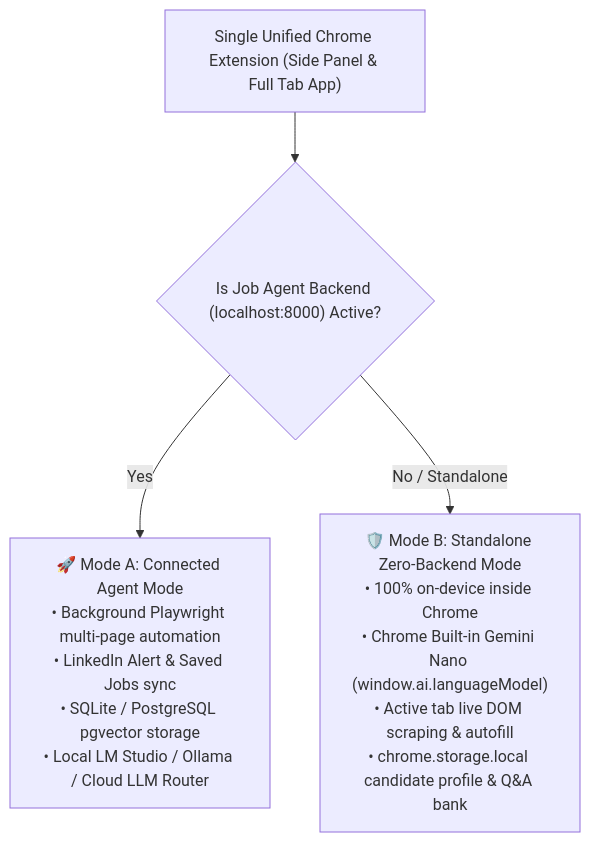
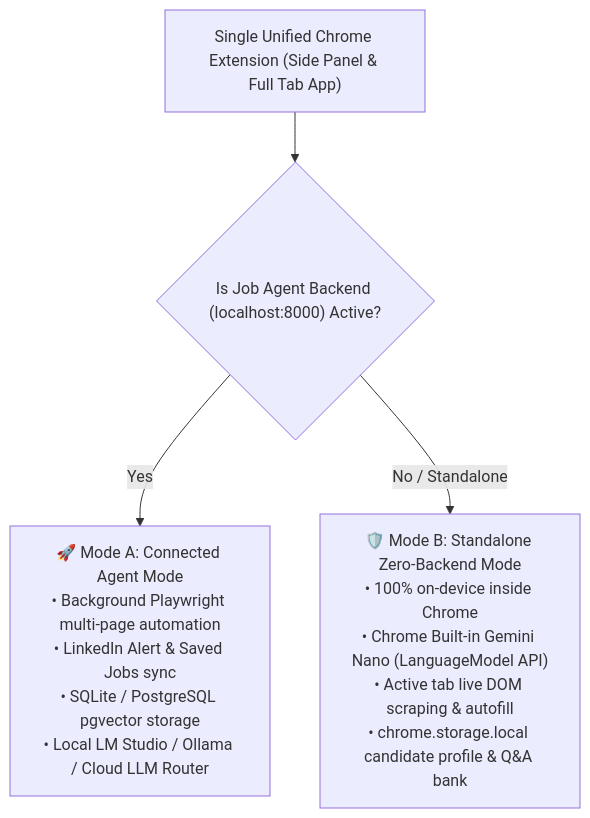
Before and after one commit to nagapavan/job-alert-agent: the tenth of 31 diagrams in DESIGN_DIAGRAMS.md, drawn with Mermaid. The commit also changed other lines of this file and 14 other files, not shown here.

````diff
--- a/DESIGN_DIAGRAMS.md
+++ b/DESIGN_DIAGRAMS.md
@@ -253,6 +303,6 @@
 ```mermaid
 flowchart TD
     Ext["Single Unified Chrome Extension (Side Panel & Full Tab App)"] --> Detect{"Is Job Agent Backend (localhost:8000) Active?"}
     Detect -->|Yes| ModeA["🚀 Mode A: Connected Agent Mode\n• Background Playwright multi-page automation\n• LinkedIn Alert & Saved Jobs sync\n• SQLite / PostgreSQL pgvector storage\n• Local LM Studio / Ollama / Cloud LLM Router"]
-    Detect -->|No / Standalone| ModeB["🛡️ Mode B: Standalone Zero-Backend Mode\n• 100% on-device inside Chrome\n• Chrome Built-in Gemini Nano (window.ai.languageModel)\n• Active tab live DOM scraping & autofill\n• chrome.storage.local candidate profile & Q&A bank"]
+    Detect -->|No / Standalone| ModeB["🛡️ Mode B: Standalone Zero-Backend Mode\n• 100% on-device inside Chrome\n• Chrome Built-in Gemini Nano (LanguageModel API)\n• Active tab live DOM scraping & autofill\n• chrome.storage.local candidate profile & Q&A bank"]
 ```
````
